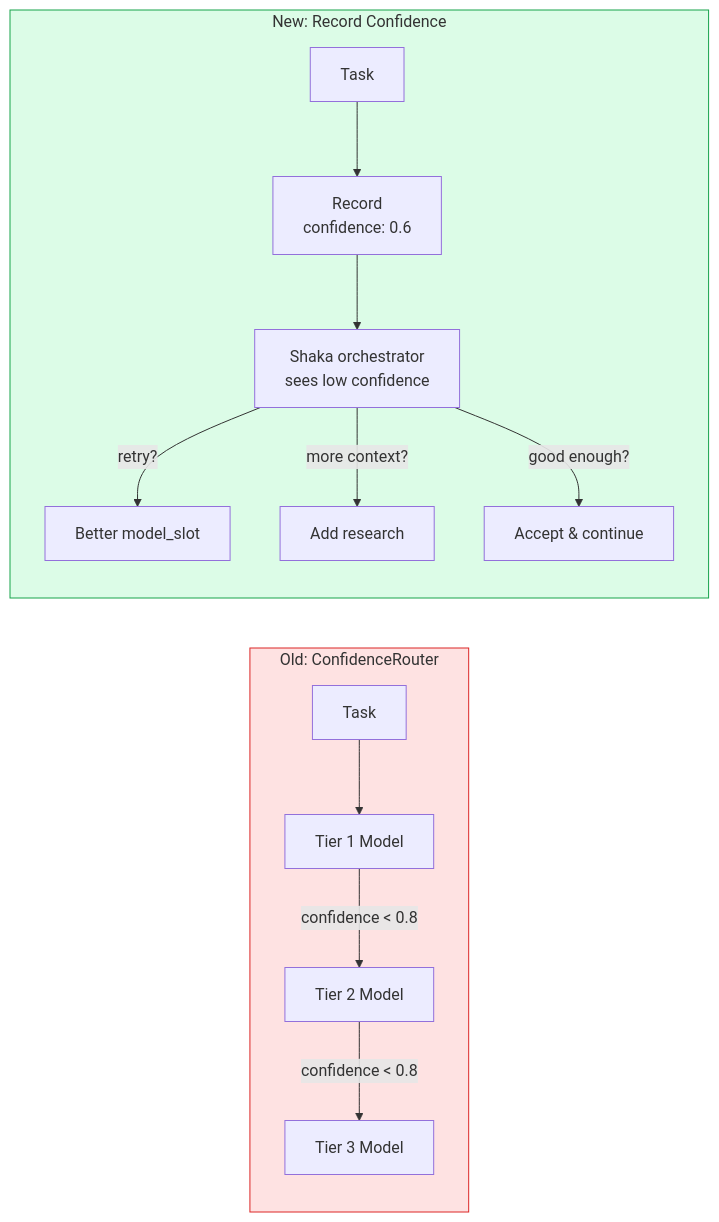
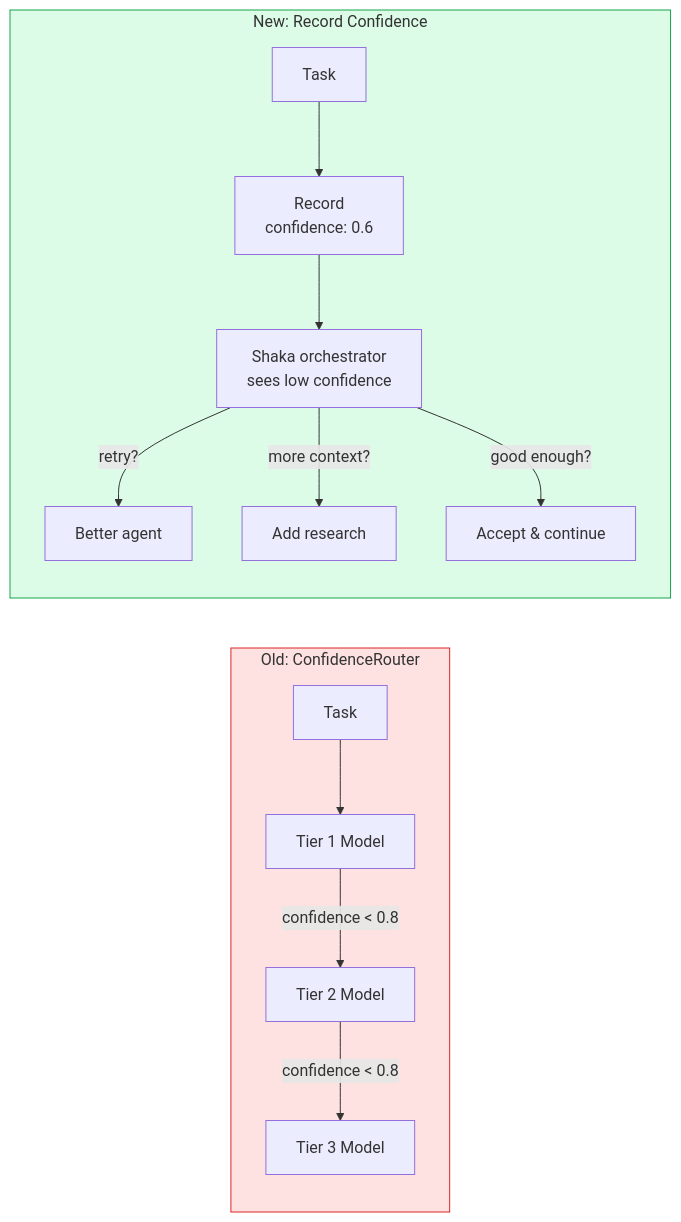
The seventh of 8 diagrams in docs/vision/07-slate-deep-integration.md (supernovae-st/nika), drawn with Mermaid before and after one commit. The commit also changed other lines of this file and 8 other files, not shown here.

````diff
--- a/docs/vision/07-slate-deep-integration.md
+++ b/docs/vision/07-slate-deep-integration.md
@@ -444,19 +460,19 @@
 ```mermaid
 flowchart LR
     subgraph OLD["Old: ConfidenceRouter"]
         O1["Task"] --> O2["Tier 1 Model"]
         O2 -->|"confidence < 0.8"| O3["Tier 2 Model"]
         O3 -->|"confidence < 0.8"| O4["Tier 3 Model"]
     end
 
     subgraph NEW["New: Record Confidence"]
         N1["Task"] --> N2["Record\nconfidence: 0.6"]
         N2 --> N3["Shaka orchestrator\nsees low confidence"]
-        N3 -->|"retry?"| N4["Better model_slot"]
+        N3 -->|"retry?"| N4["Better agent"]
         N3 -->|"more context?"| N5["Add research"]
         N3 -->|"good enough?"| N6["Accept & continue"]
     end
 
     style OLD fill:#fee2e2,stroke:#dc2626
     style NEW fill:#dcfce7,stroke:#16a34a
 ```
````
